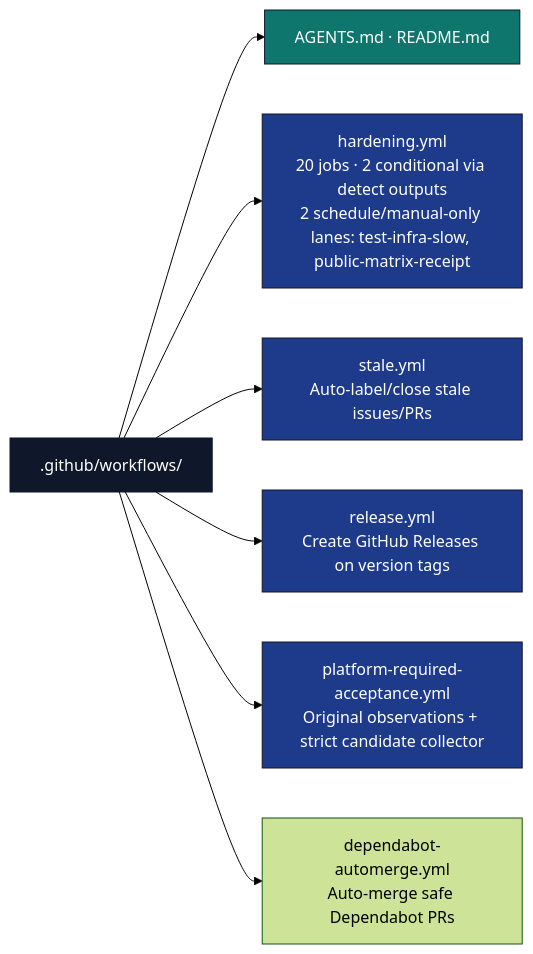
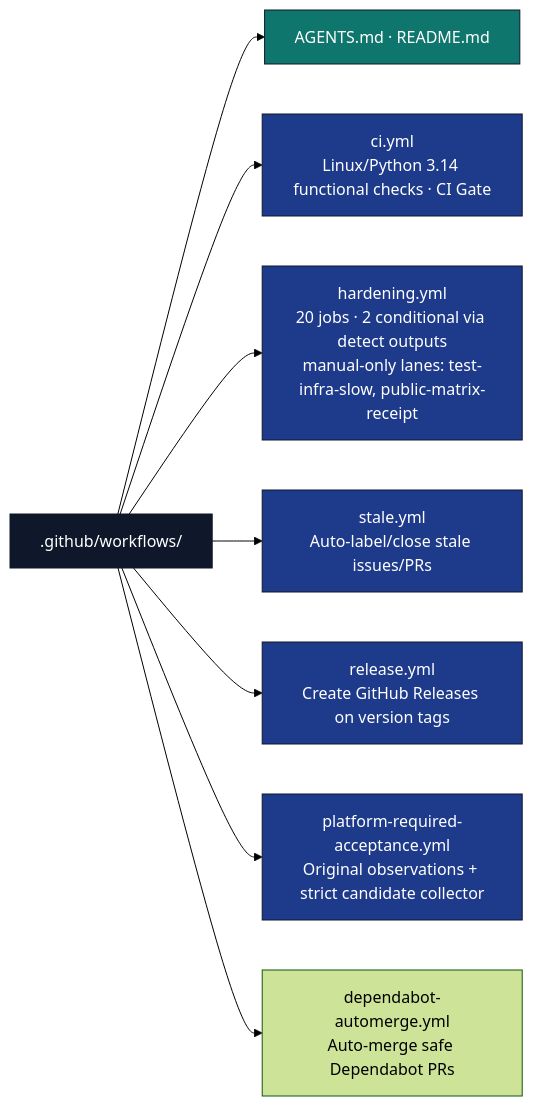
The first of 2 diagrams in .github/workflows/AGENTS.md (docxology/template), drawn with Mermaid (forest theme) before and after one commit. The commit also changed other lines of this file and 7 other files, not shown here.

````diff
--- a/.github/workflows/AGENTS.md
+++ b/.github/workflows/AGENTS.md
@@ -23,17 +23,18 @@
 ```mermaid
 flowchart LR
     W[.github/workflows/]
     W --> META[AGENTS.md · README.md]
-    W --> CI[hardening.yml<br/>20 jobs · 2 conditional via detect outputs<br/>2 schedule/manual-only lanes: test-infra-slow, public-matrix-receipt]
+    W --> FAST[ci.yml<br/>Linux/Python 3.14 functional checks · CI Gate]
+    W --> CI[hardening.yml<br/>20 jobs · 2 conditional via detect outputs<br/>manual-only lanes: test-infra-slow, public-matrix-receipt]
     W --> STALE[stale.yml<br/>Auto-label/close stale issues/PRs]
     W --> REL[release.yml<br/>Create GitHub Releases on version tags]
     W --> REQUIRED[platform-required-acceptance.yml<br/>Original observations + strict candidate collector]
     W --> DA[dependabot-automerge.yml<br/>Auto-merge safe Dependabot PRs]
 
     classDef d fill:#0f172a,stroke:#0f172a,color:#fff
     classDef code fill:#1e3a8a,stroke:#0f172a,color:#fff
     classDef doc fill:#0f766e,stroke:#0f172a,color:#fff
     class W d
-    class CI,STALE,REL,REQUIRED code
+    class FAST,CI,STALE,REL,REQUIRED code
     class META doc
 ```
````
